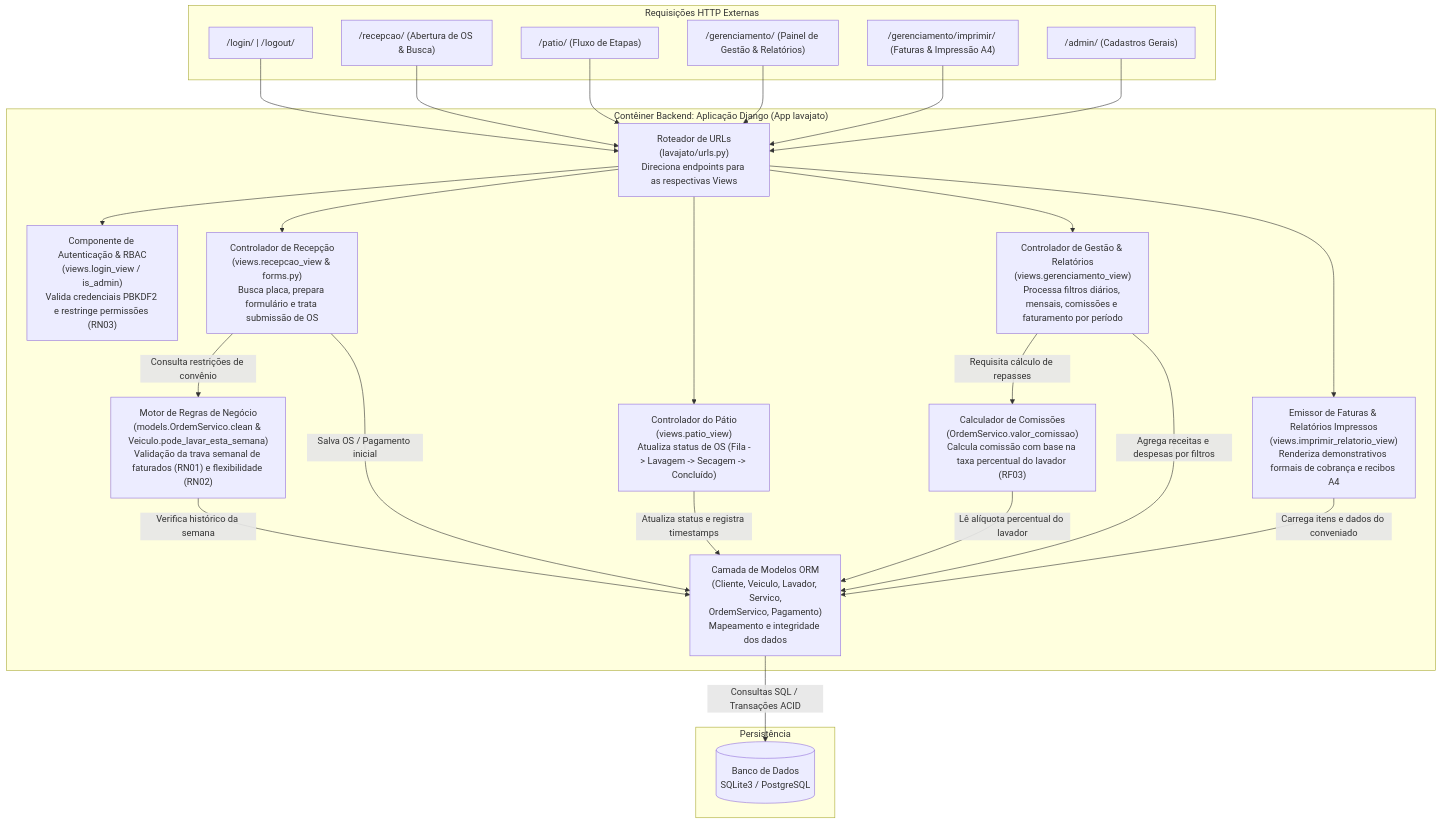
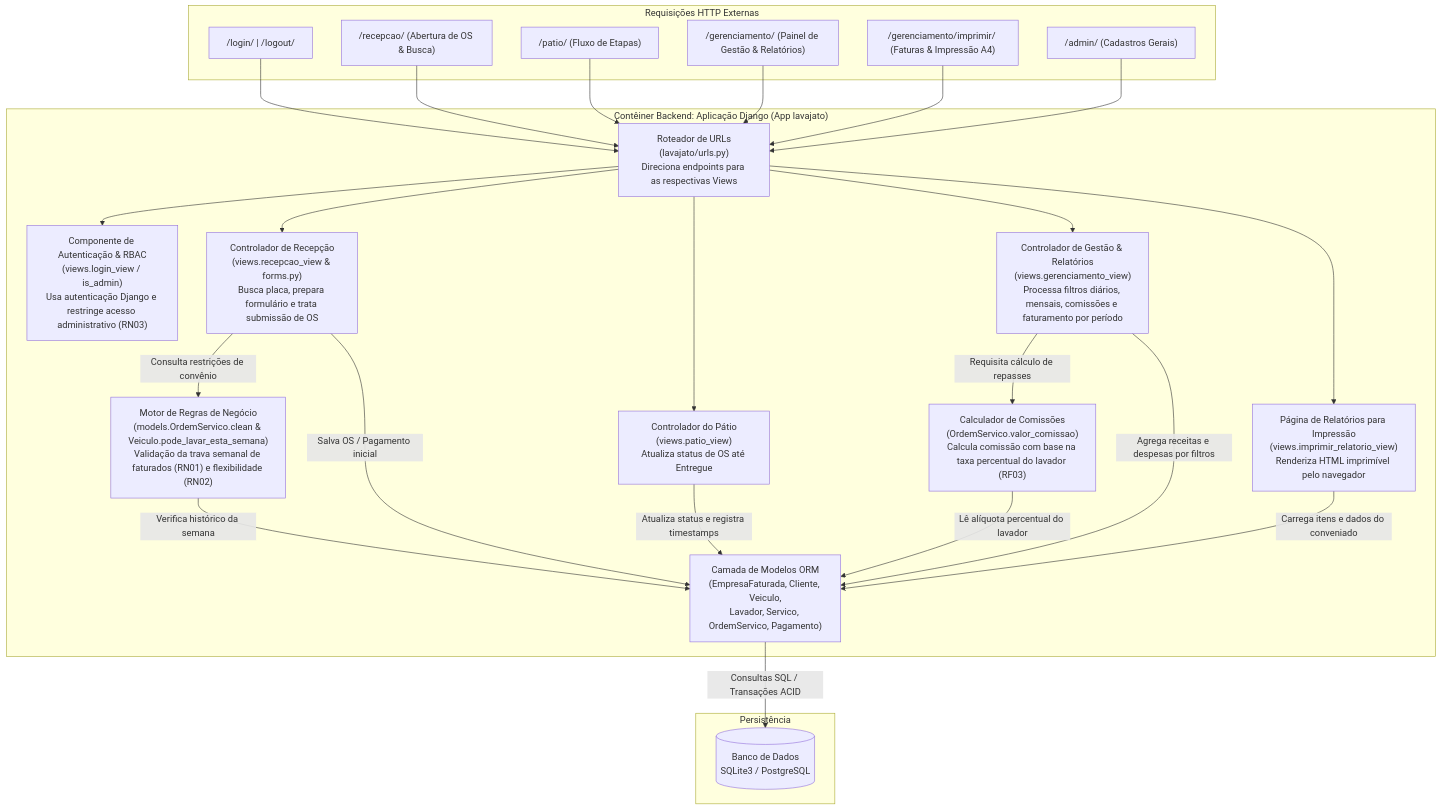
Before and after one commit to ednaldomaciel/projeto_posto_de_lavagem_ciesa: the third of 3 diagrams in docs/arquitetura_e_design.md, drawn with Mermaid. The commit also changed other lines of this file and 35 other files, not shown here.

````diff
--- a/docs/arquitetura_e_design.md
+++ b/docs/arquitetura_e_design.md
@@ -119,60 +116,60 @@
 ```mermaid
 flowchart TD
     subgraph HTTPRequests["Requisições HTTP Externas"]
         ReqLogin["/login/ | /logout/"]
         ReqRecepcao["/recepcao/ (Abertura de OS & Busca)"]
         ReqPatio["/patio/ (Fluxo de Etapas)"]
         ReqGestao["/gerenciamento/ (Painel de Gestão & Relatórios)"]
         ReqImprimir["/gerenciamento/imprimir/ (Faturas & Impressão A4)"]
         ReqAdmin["/admin/ (Cadastros Gerais)"]
     end
 
     subgraph DjangoApp["Contêiner Backend: Aplicação Django (App lavajato)"]
         UrlRouter["Roteador de URLs\n(lavajato/urls.py)\nDireciona endpoints para as respectivas Views"]
         
-        RBACAuth["Componente de Autenticação & RBAC\n(views.login_view / is_admin)\nValida credenciais PBKDF2 e restringe permissões (RN03)"]
+        RBACAuth["Componente de Autenticação & RBAC\n(views.login_view / is_admin)\nUsa autenticação Django e restringe acesso administrativo (RN03)"]
         
         RecepcaoCtrl["Controlador de Recepção\n(views.recepcao_view & forms.py)\nBusca placa, prepara formulário e trata submissão de OS"]
         
-        PatioCtrl["Controlador do Pátio\n(views.patio_view)\nAtualiza status de OS (Fila -> Lavagem -> Secagem -> Concluído)"]
+        PatioCtrl["Controlador do Pátio\n(views.patio_view)\nAtualiza status de OS até Entregue"]
         
         GestaoCtrl["Controlador de Gestão & Relatórios\n(views.gerenciamento_view)\nProcessa filtros diários, mensais, comissões e faturamento por período"]
 
-        PrintEngine["Emissor de Faturas & Relatórios Impressos\n(views.imprimir_relatorio_view)\nRenderiza demonstrativos formais de cobrança e recibos A4"]
+        PrintEngine["Página de Relatórios para Impressão\n(views.imprimir_relatorio_view)\nRenderiza HTML imprimível pelo navegador"]
         
         BusinessRules["Motor de Regras de Negócio\n(models.OrdemServico.clean & Veiculo.pode_lavar_esta_semana)\nValidação da trava semanal de faturados (RN01) e flexibilidade (RN02)"]
         
         CommissionEngine["Calculador de Comissões\n(OrdemServico.valor_comissao)\nCalcula comissão com base na taxa percentual do lavador (RF03)"]
 
-        ORMModels["Camada de Modelos ORM\n(Cliente, Veiculo, Lavador, Servico,\nOrdemServico, Pagamento)\nMapeamento e integridade dos dados"]
+        ORMModels["Camada de Modelos ORM\n(EmpresaFaturada, Cliente, Veiculo,\nLavador, Servico, OrdemServico, Pagamento)"]
     end
 
     subgraph DataStore["Persistência"]
         DBRelacional[("Banco de Dados\nSQLite3 / PostgreSQL")]
     end
 
     ReqLogin --> UrlRouter
     ReqRecepcao --> UrlRouter
     ReqPatio --> UrlRouter
     ReqGestao --> UrlRouter
     ReqImprimir --> UrlRouter
     ReqAdmin --> UrlRouter
 
     UrlRouter --> RBACAuth
     UrlRouter --> RecepcaoCtrl
     UrlRouter --> PatioCtrl
     UrlRouter --> GestaoCtrl
     UrlRouter --> PrintEngine
 
     RecepcaoCtrl -->|"Consulta restrições de convênio"| BusinessRules
     RecepcaoCtrl -->|"Salva OS / Pagamento inicial"| ORMModels
     PatioCtrl -->|"Atualiza status e registra timestamps"| ORMModels
     GestaoCtrl -->|"Requisita cálculo de repasses"| CommissionEngine
     GestaoCtrl -->|"Agrega receitas e despesas por filtros"| ORMModels
     PrintEngine -->|"Carrega itens e dados do conveniado"| ORMModels
 
     BusinessRules -->|"Verifica histórico da semana"| ORMModels
     CommissionEngine -->|"Lê alíquota percentual do lavador"| ORMModels
 
     ORMModels -->|"Consultas SQL / Transações ACID"| DBRelacional
 ```
````
